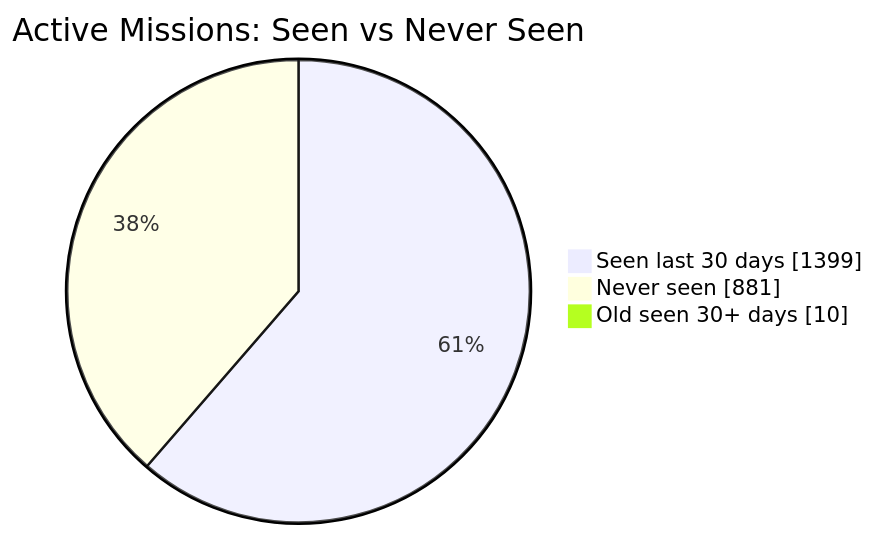
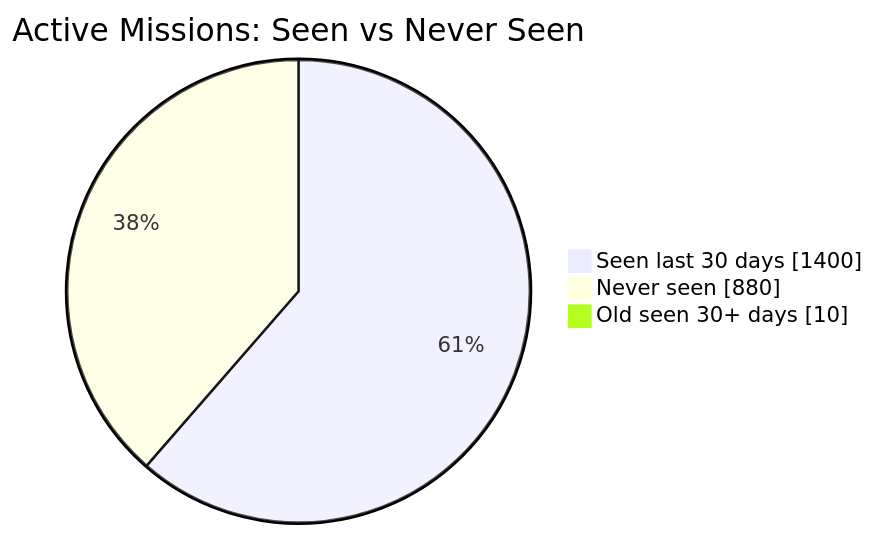
The first of 2 diagrams in README.md (MeldkamerspelGameTeam/active-missions), drawn with Mermaid before and after one commit. The commit also changed other lines of this file and 3 other files, not shown here.

````diff
--- a/README.md
+++ b/README.md
@@ -34,7 +34,7 @@
 ```mermaid
 pie showData
     title Active Missions: Seen vs Never Seen
-    "Seen last 30 days" : 1399
-    "Never seen" : 881
+    "Seen last 30 days" : 1400
+    "Never seen" : 880
     "Old seen 30+ days" : 10
 ```
````
